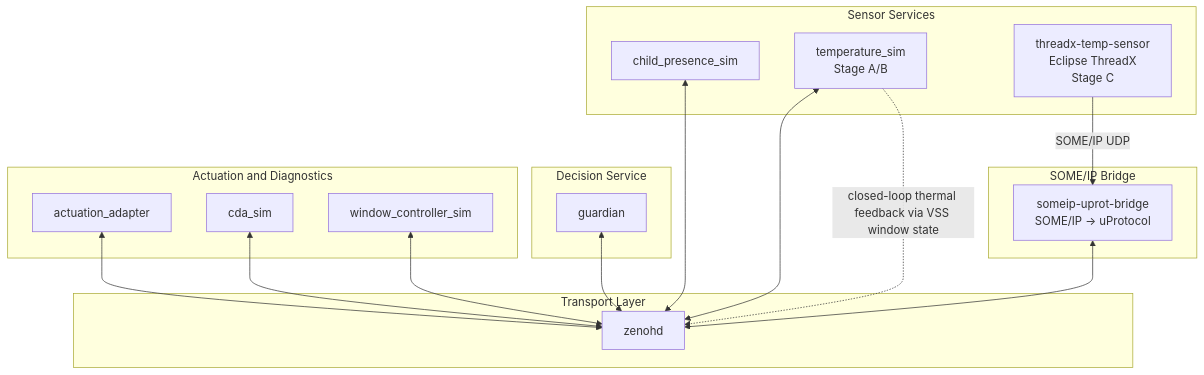
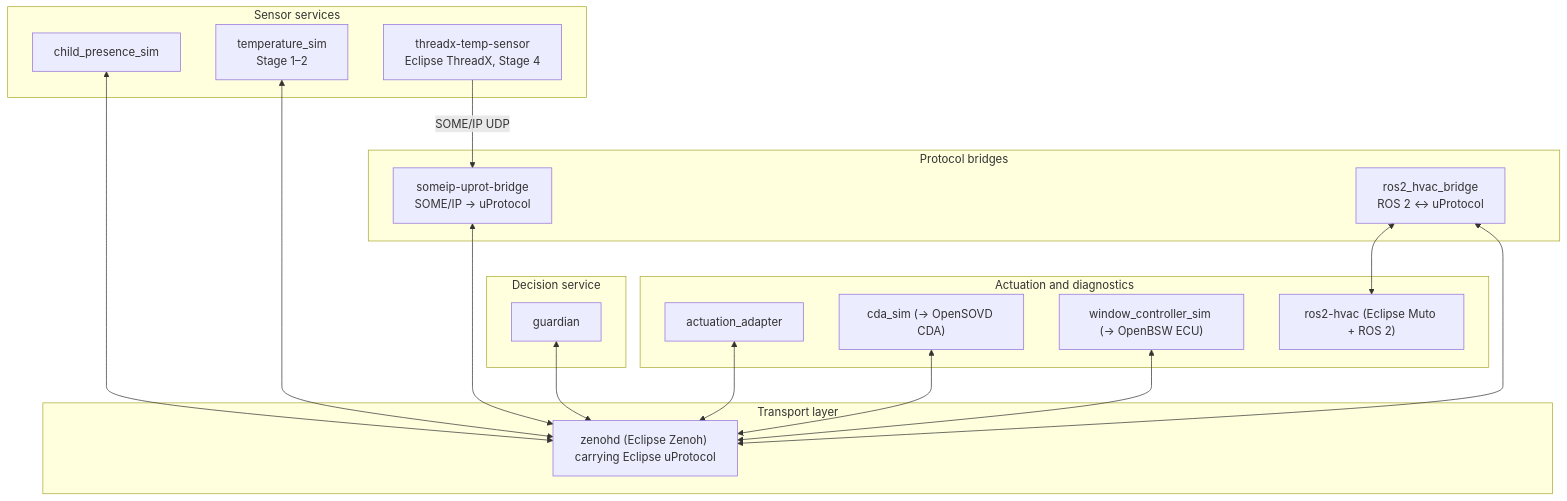
Before and after one commit to Eclipse-SDV-Hackathon-Chapter-Four/Bare-Metal-Mafia: the second of 2 diagrams in Tutorial.md, drawn with Mermaid. The commit also changed other lines of this file and 49 other files, not shown here.

````diff
--- a/Tutorial.md
+++ b/Tutorial.md
@@ -291,37 +246,34 @@
 ```mermaid
 flowchart TB
-	subgraph Sensors[Sensor Services]
-		CPS[child_presence_sim]
-		TS[temperature_sim\nStage A/B]
-		TX[threadx-temp-sensor\nEclipse ThreadX\nStage C]
-	end
-
-	subgraph SomeipBridge[SOME/IP Bridge]
-		BR[someip-uprot-bridge\nSOME/IP → uProtocol]
-	end
-
-	subgraph Decision[Decision Service]
-		G[guardian]
-	end
-
-	subgraph Actuation[Actuation and Diagnostics]
-		AA[actuation_adapter]
-		CDA[cda_sim]
-		WC[window_controller_sim]
-	end
-
-	subgraph Transport[Transport Layer]
-		Z[zenohd]
-	end
-
-	CPS <--> Z
-	TS <--> Z
-	TX -- SOME/IP UDP --> BR
-	BR <--> Z
-	G <--> Z
-	AA <--> Z
-	CDA <--> Z
-	WC <--> Z
-
-	TS -.closed-loop thermal feedback via VSS window state.-> Z
+    subgraph Sensors["Sensor services"]
+        CPS[child_presence_sim]
+        TS["temperature_sim<br/>Stage 1–2"]
+        TX["threadx-temp-sensor<br/>Eclipse ThreadX, Stage 4"]
+    end
+    subgraph Bridge["Protocol bridges"]
+        BR["someip-uprot-bridge<br/>SOME/IP → uProtocol"]
+        HB["ros2_hvac_bridge<br/>ROS 2 ↔ uProtocol"]
+    end
+    subgraph Decision["Decision service"]
+        G[guardian]
+    end
+    subgraph Actuation["Actuation and diagnostics"]
+        AA[actuation_adapter]
+        CDA["cda_sim (→ OpenSOVD CDA)"]
+        WC["window_controller_sim (→ OpenBSW ECU)"]
+        HV["ros2-hvac (Eclipse Muto + ROS 2)"]
+    end
+    subgraph Transport["Transport layer"]
+        Z["zenohd (Eclipse Zenoh) carrying Eclipse uProtocol"]
+    end
+    CPS <--> Z
+    TS <--> Z
+    TX -- SOME/IP UDP --> BR
+    BR <--> Z
+    G <--> Z
+    AA <--> Z
+    CDA <--> Z
+    WC <--> Z
+    HB <--> Z
+    HB <--> HV
 ```
````
